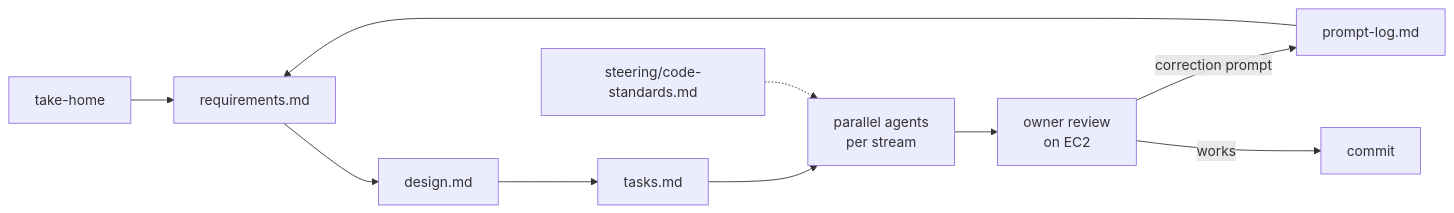
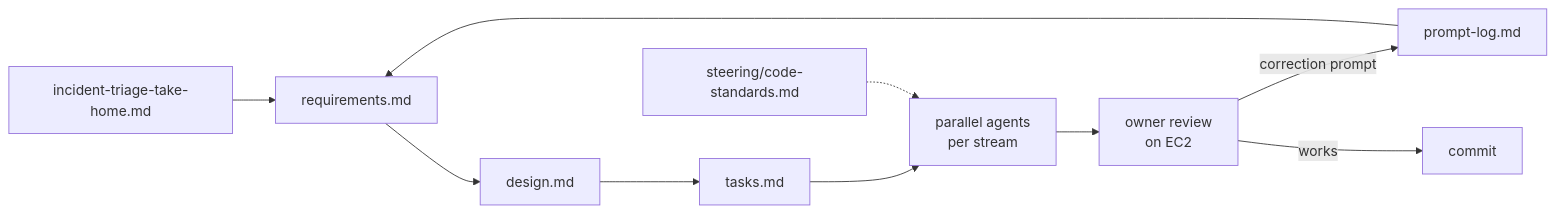
Before and after one commit to gustavomoises/dayforce: the first of 6 diagrams in README.md, drawn with Mermaid. The commit also changed other lines of this file and 1 other file, not shown here.

Commit message:
add the take-home assignment as reference; link it from README

````diff
--- a/README.md
+++ b/README.md
@@ -34,12 +36,12 @@
 ```mermaid
 flowchart LR
-    TH["take-home"] --> REQ["requirements.md"]
+    TH["incident-triage-take-home.md"] --> REQ["requirements.md"]
     REQ --> DES["design.md"]
     DES --> TSK["tasks.md"]
     TSK --> AG["parallel agents<br/>per stream"]
     STD["steering/code-standards.md"] -.-> AG
     AG --> REV["owner review<br/>on EC2"]
     REV -->|"correction prompt"| LOG["prompt-log.md"]
     LOG --> REQ
     REV -->|"works"| COM["commit"]
 ```
````
